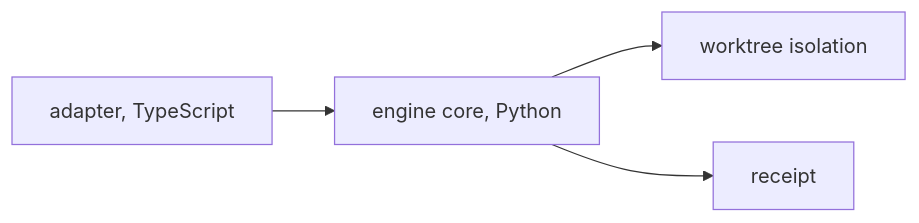
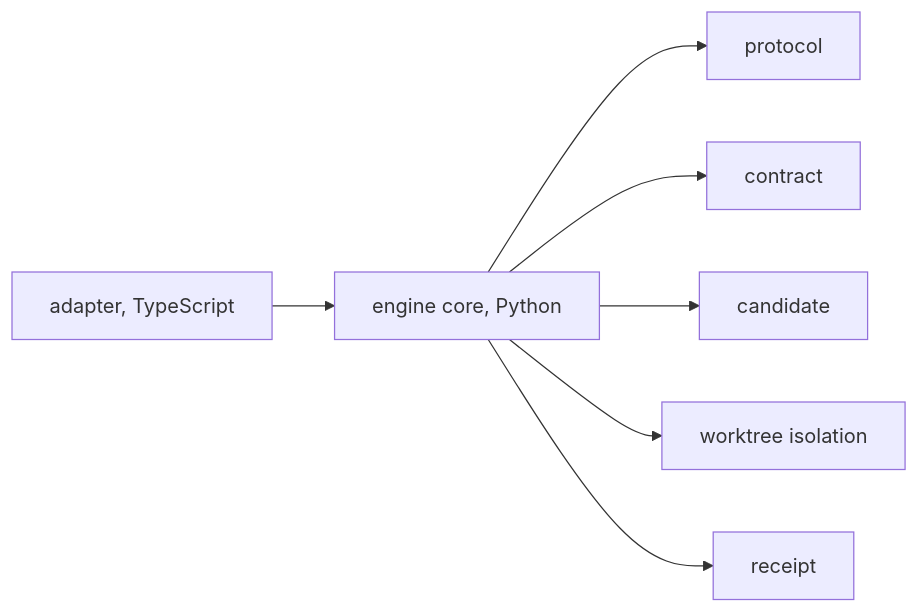
Before and after one commit to pauleveritt/satyrn-evals: the eighth of 9 diagrams in site/how-it-works.md, drawn with Mermaid. The commit also changed other lines of this file and 1 other file, not shown here.

````diff
--- a/site/how-it-works.md
+++ b/site/how-it-works.md
@@ -79,6 +81,9 @@
 ```mermaid
 flowchart LR
   A[adapter, TypeScript] --> E[engine core, Python]
+  E --> P[protocol]
+  E --> C[contract]
+  E --> K[candidate]
   E --> W[worktree isolation]
   E --> R[receipt]
 ```
````
